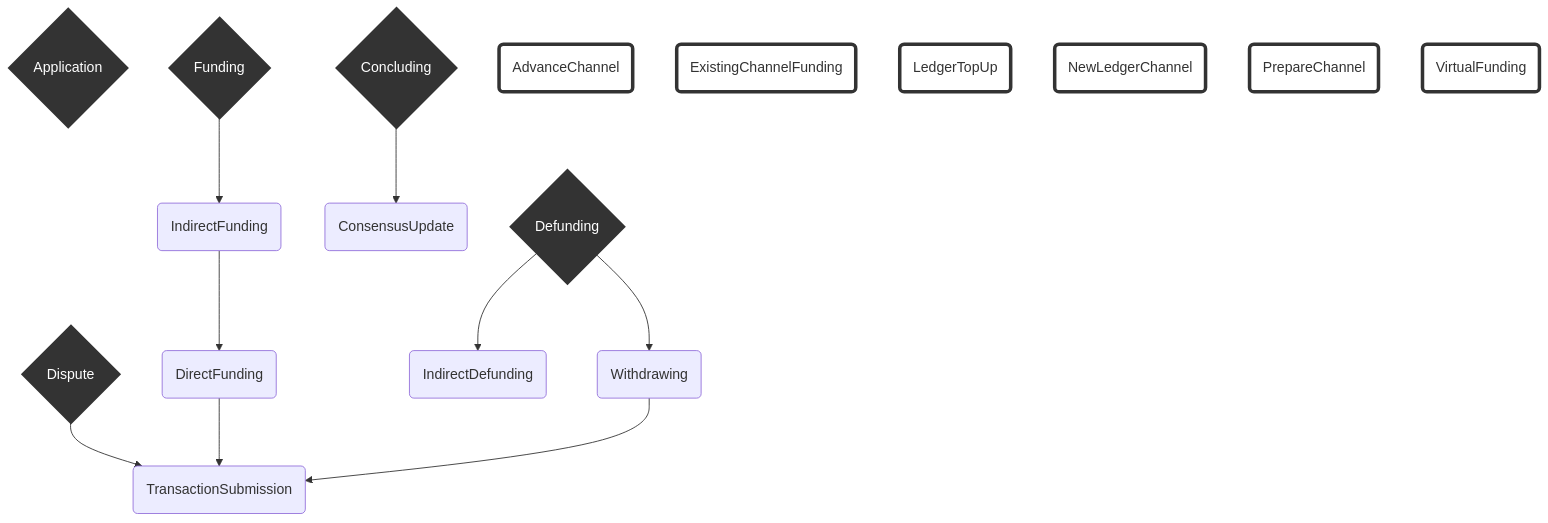
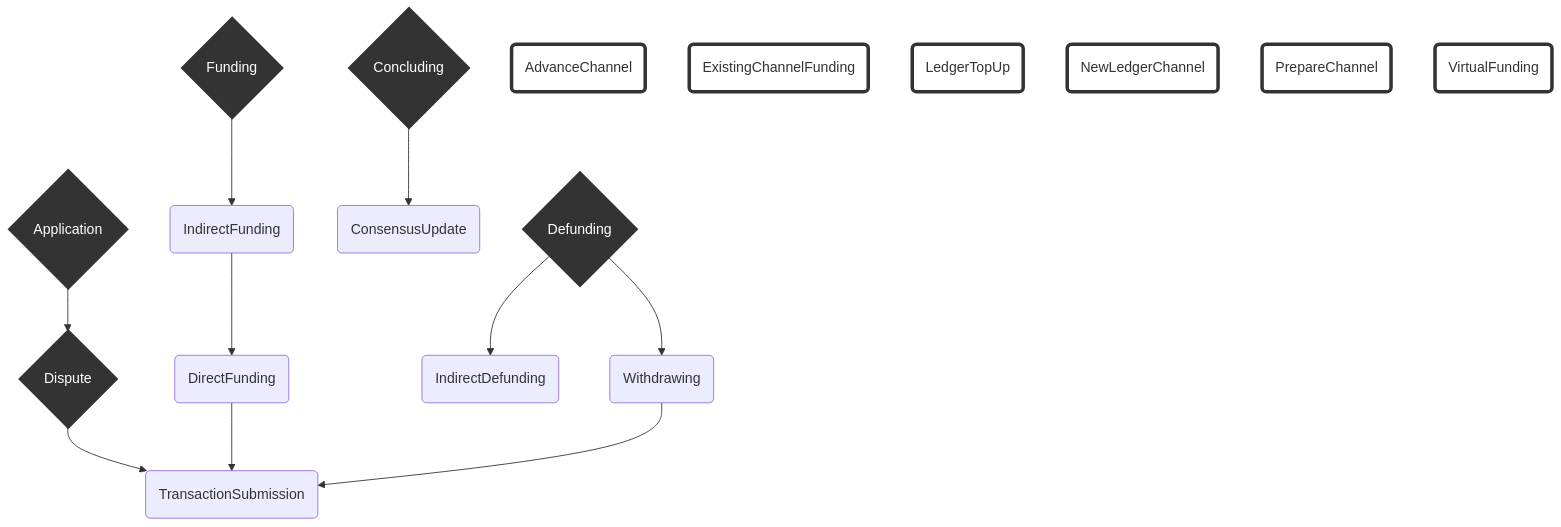
The diagram in packages/wallet/notes/index.md (magmo/apps), drawn with Mermaid before and after one commit.

Commit message:
Update protocol hierarchy diagram

````diff
--- a/packages/wallet/notes/index.md
+++ b/packages/wallet/notes/index.md
@@ -31,37 +31,37 @@
 ```mermaid
 graph TD
   linkStyle default interpolate basis
 
-    A{Application}
+    A{Application}--> D
     F{Funding}--> idF(IndirectFunding)
 
     D{Dispute}--> TS
 
 
     C{Concluding}-->CU(ConsensusUpdate)
 
     idF --> dF(DirectFunding)
 
     Df{Defunding}-->idDf(IndirectDefunding)
     Df-->W(Withdrawing)
 
     dF-->TS(TransactionSubmission)
 
     W-->TS
 
     AC(AdvanceChannel)
     ECF(ExistingChannelFunding)
     LTU(LedgerTopUp)
     NLC(NewLedgerChannel)
     PC(PrepareChannel)
     VF(VirtualFunding)
 
     classDef TopLevelProtocol stroke:#333,stroke-width:4px,color:#ffff,fill:#333;
 
     classDef OrphanProtocol stroke:#333,stroke-width:4px,fill:#0000;
 
     class A,F,D,C,Df TopLevelProtocol
     class AC,ECF,LTU,NLC,PC,VF OrphanProtocol
 
 
 ```
````
